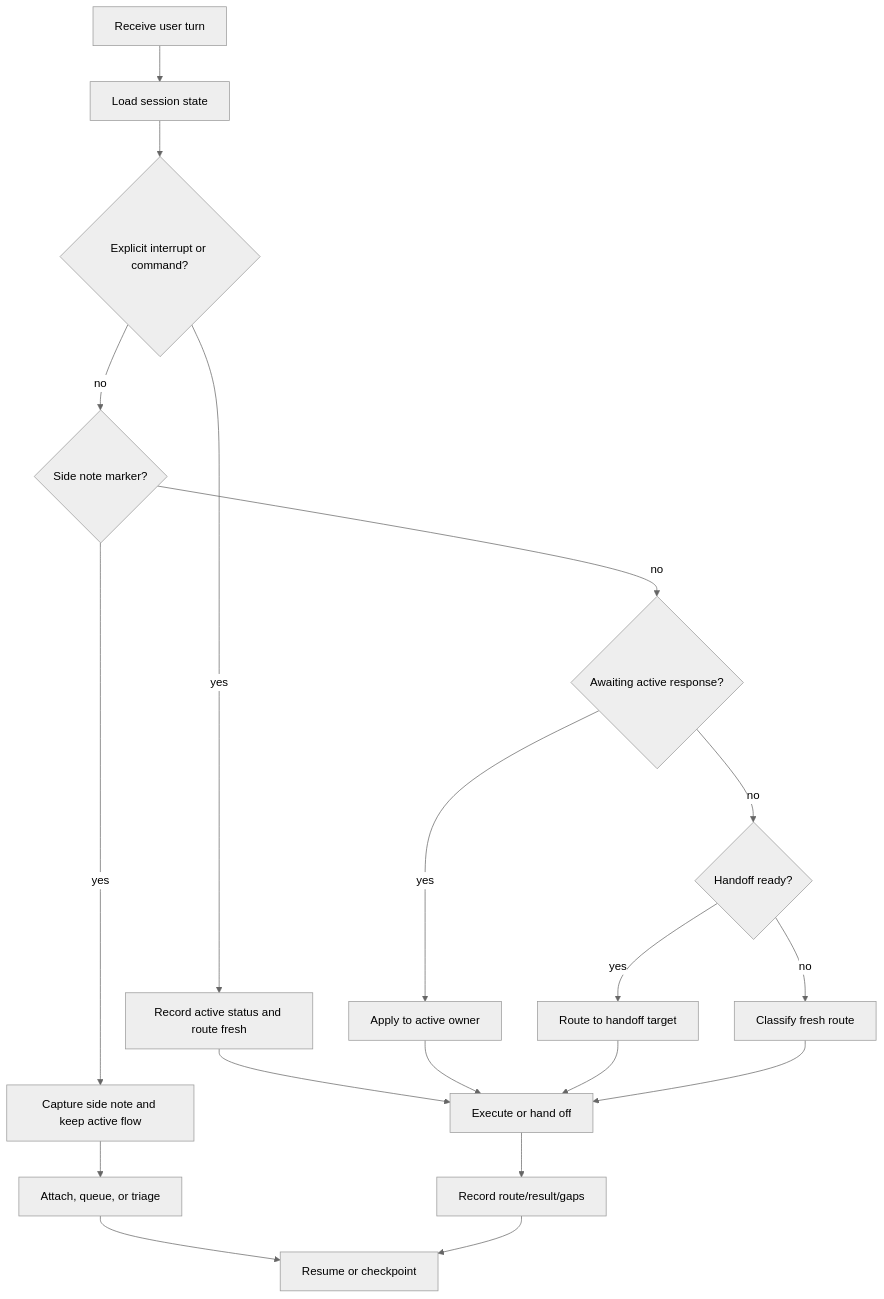
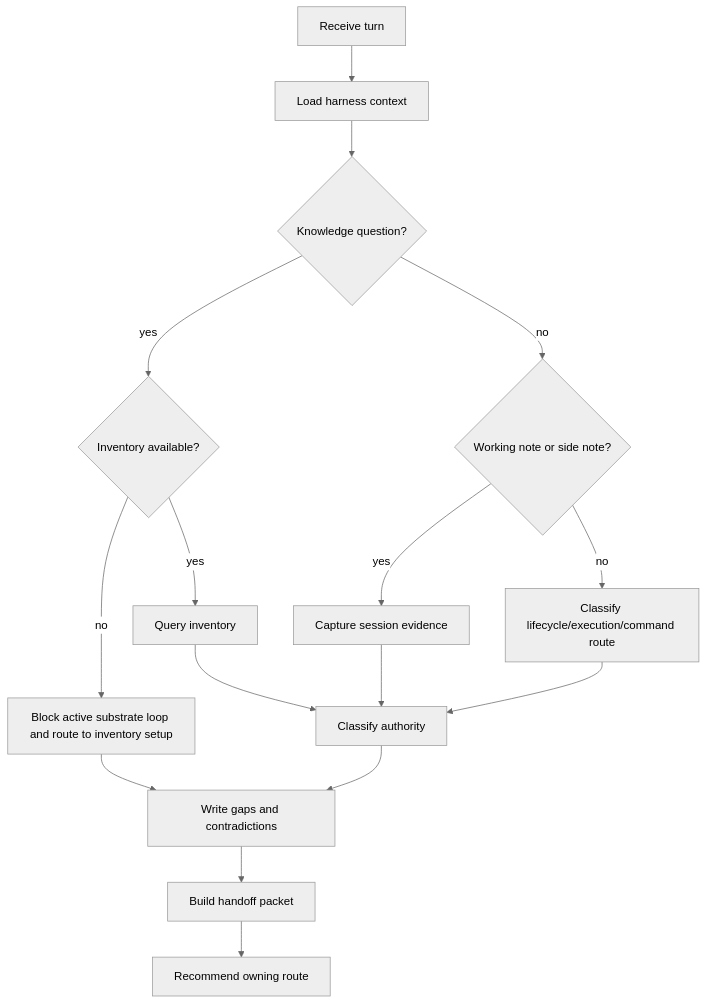
One commit to cyberAlchemyAI/Arcanum changed the fourth of 5 diagrams in spells/necronomicon/development/DESIGN.md. Above: the diagram before and after it, drawn with Mermaid (neutral theme). The commit also changed other lines of this file and 16 other files, not shown here.

Commit message:
Reframe necronomicon around knowledge substrate

````diff
--- a/spells/necronomicon/development/DESIGN.md
+++ b/spells/necronomicon/development/DESIGN.md
@@ -117,21 +109,18 @@
 ```mermaid
 graph TD
-    S1[Receive user turn] --> S2[Load session state]
-    S2 --> S3{Explicit interrupt or command?}
-    S3 -->|yes| S4[Record active status and route fresh]
-    S3 -->|no| S5{Side note marker?}
-    S5 -->|yes| S6[Capture side note and keep active flow]
-    S5 -->|no| S7{Awaiting active response?}
-    S7 -->|yes| S8[Apply to active owner]
-    S7 -->|no| S9{Handoff ready?}
-    S9 -->|yes| S10[Route to handoff target]
-    S9 -->|no| S11[Classify fresh route]
-    S4 --> S12[Execute or hand off]
-    S6 --> S13[Attach, queue, or triage]
-    S8 --> S12
-    S10 --> S12
-    S11 --> S12
-    S12 --> S14[Record route/result/gaps]
-    S13 --> S15[Resume or checkpoint]
-    S14 --> S15
+    S1[Receive turn] --> S2[Load harness context]
+    S2 --> S3{Knowledge question?}
+    S3 -->|yes| S4{Inventory available?}
+    S4 -->|yes| S4a[Query inventory]
+    S4 -->|no| S4b[Block active substrate loop and route to inventory setup]
+    S3 -->|no| S5{Working note or side note?}
+    S5 -->|yes| S6[Capture session evidence]
+    S5 -->|no| S7[Classify lifecycle/execution/command route]
+    S4a --> S8[Classify authority]
+    S4b --> S9[Write gaps and contradictions]
+    S6 --> S8
+    S7 --> S8
+    S8 --> S9[Write gaps and contradictions]
+    S9 --> S10[Build handoff packet]
+    S10 --> S11[Recommend owning route]
 ```
````
